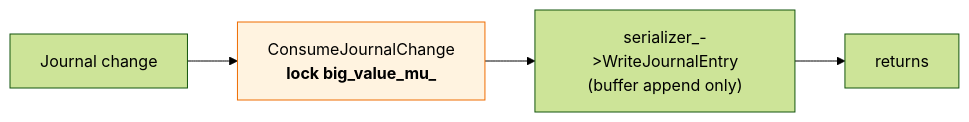
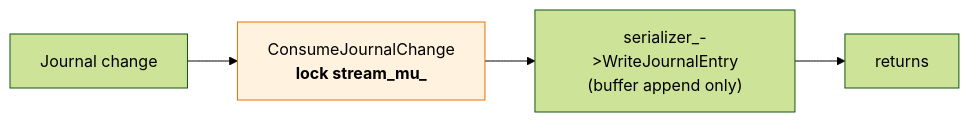
The fourth of 5 diagrams in docs/shard-serialization.md (dragonflydb/dragonfly), drawn with Mermaid (forest theme) before and after one commit. The commit also changed other lines of this file, not shown here.

````diff
--- a/docs/shard-serialization.md
+++ b/docs/shard-serialization.md
@@ -440,9 +346,9 @@
 ```mermaid
 flowchart LR
-  A[Journal change] --> B["ConsumeJournalChange<br/><b>lock big_value_mu_</b>"]
+  A[Journal change] --> B["ConsumeJournalChange<br/><b>lock stream_mu_</b>"]
   B --> C["serializer_->WriteJournalEntry<br/>(buffer append only)"]
   C --> D[returns]
 
   classDef lock fill:#FFF3E0,stroke:#EF6C00;
   class B lock;
 ```
````
